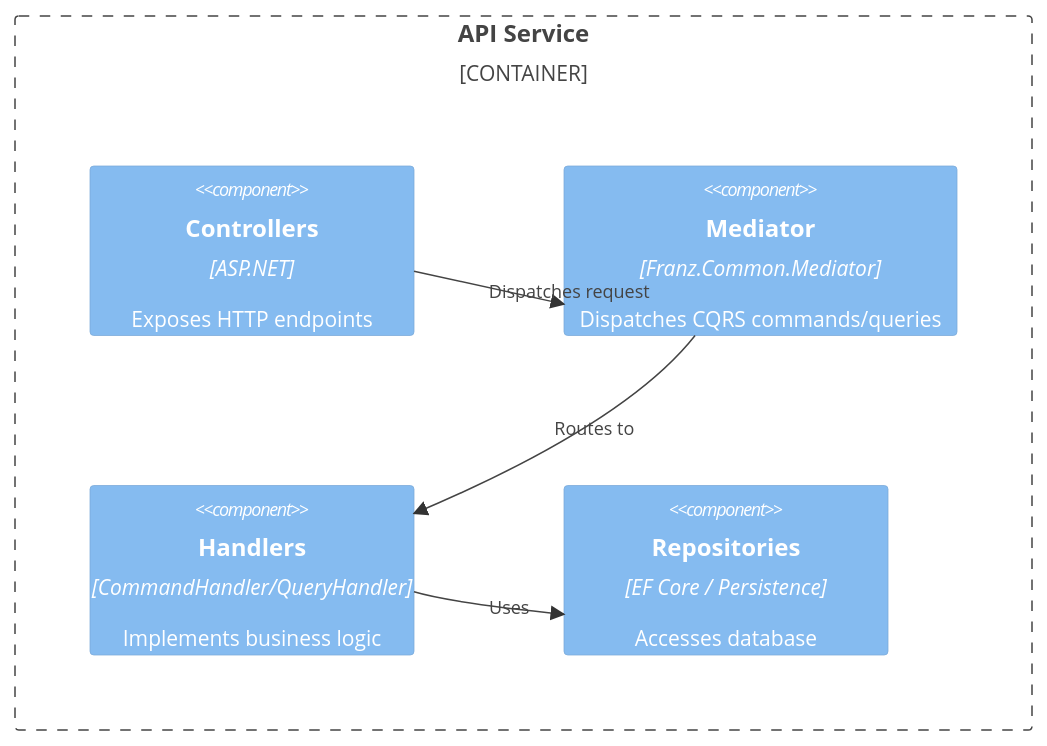
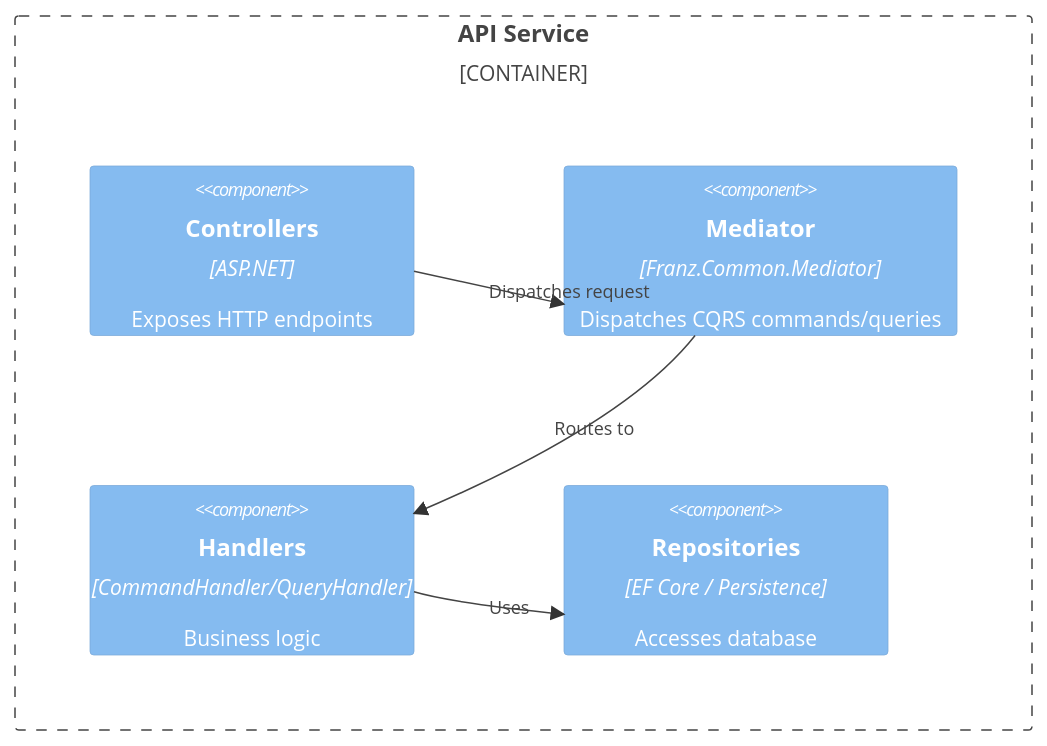
One commit to bestacio89/Franz changed the third of 4 diagrams in README.md. Above: the diagram before and after it, drawn with Mermaid. The commit also changed other lines of this file and 2 other files, not shown here.

First line of the commit message:
[Doc] Added CONTRIBUTING.md – enforced architecture workflow & rules

````diff
--- a/README.md
+++ b/README.md
@@ -251,13 +233,13 @@
 ```mermaid
 C4Component
     Container_Boundary(api, "API Service") {
         Component(controller, "Controllers", "ASP.NET", "Exposes HTTP endpoints")
         Component(mediator, "Mediator", "Franz.Common.Mediator", "Dispatches CQRS commands/queries")
-        Component(handler, "Handlers", "CommandHandler/QueryHandler", "Implements business logic")
+        Component(handler, "Handlers", "CommandHandler/QueryHandler", "Business logic")
         Component(repo, "Repositories", "EF Core / Persistence", "Accesses database")
     }
 
     Rel(controller, mediator, "Dispatches request")
     Rel(mediator, handler, "Routes to")
     Rel(handler, repo, "Uses")
 ```
````
